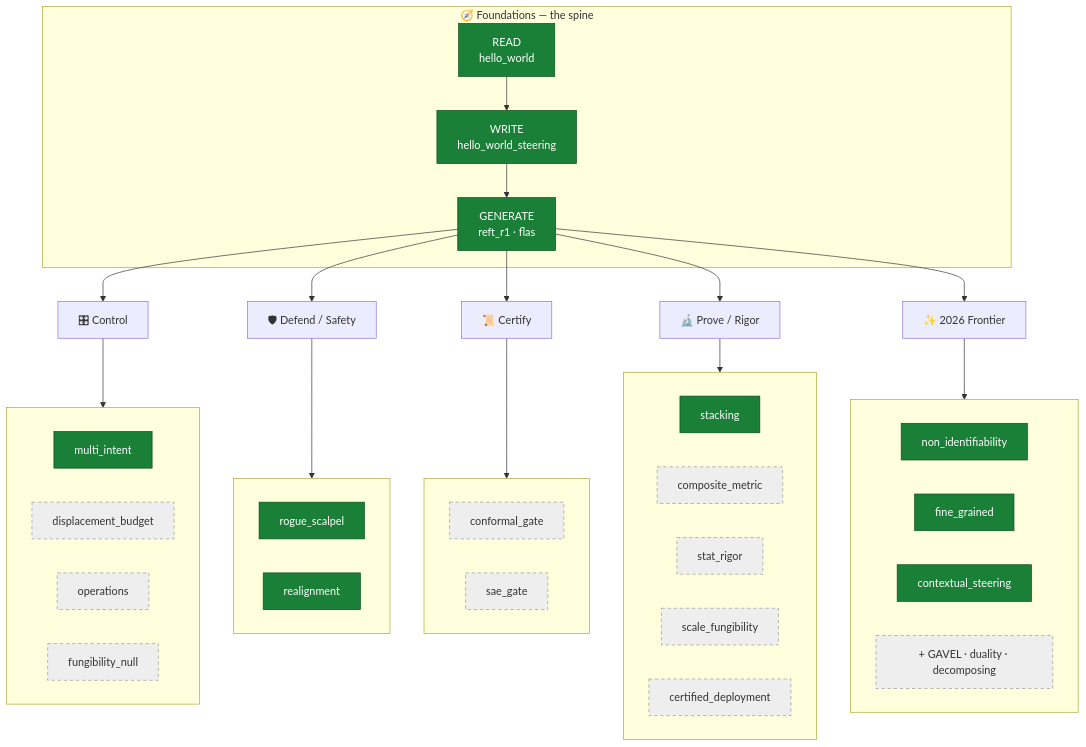
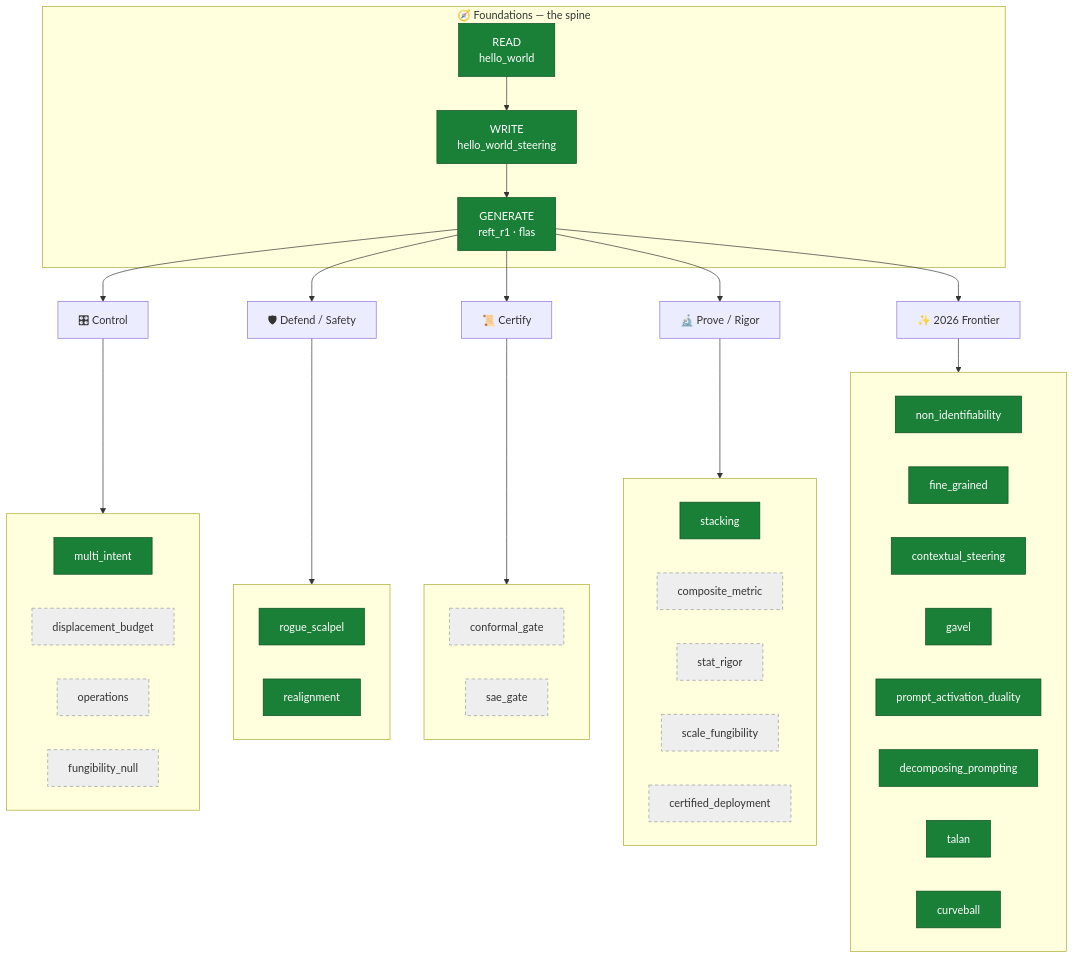
The first of 2 diagrams in steering_tutorials/README.md (dlmastery/steeringresearch), drawn with Mermaid before and after one commit. The commit also changed other lines of this file, not shown here.

First line of the commit message:
README: course map shows all 8 2026-frontier lessons built (was 3 + planned)

````diff
--- a/steering_tutorials/README.md
+++ b/steering_tutorials/README.md
@@ -29,66 +29,75 @@
 ```mermaid
 flowchart TD
     subgraph FOUND["🧭 Foundations — the spine"]
         R["READ<br/>hello_world"]:::built
         W["WRITE<br/>hello_world_steering"]:::built
         G["GENERATE<br/>reft_r1 · flas"]:::built
         R --> W --> G
     end
 
     G --> CTRL["🎛 Control"]
     G --> DEF["🛡 Defend / Safety"]
     G --> CERT["📜 Certify"]
     G --> PROVE["🔬 Prove / Rigor"]
     G --> FRONT["✨ 2026 Frontier"]
 
     subgraph CTRL_S[" "]
         C1["multi_intent"]:::built
         C2["displacement_budget"]:::plan
         C3["operations"]:::plan
         C4["fungibility_null"]:::plan
     end
     CTRL --> CTRL_S
 
     subgraph DEF_S[" "]
         D1["rogue_scalpel"]:::built
         D2["realignment"]:::built
     end
     DEF --> DEF_S
 
     subgraph CERT_S[" "]
         E1["conformal_gate"]:::plan
         E2["sae_gate"]:::plan
     end
     CERT --> CERT_S
 
     subgraph PROVE_S[" "]
         P1["stacking"]:::built
         P2["composite_metric"]:::plan
         P3["stat_rigor"]:::plan
         P4["scale_fungibility"]:::plan
         P5["certified_deployment"]:::plan
     end
     PROVE --> PROVE_S
 
     subgraph FRONT_S[" "]
         F1["non_identifiability"]:::built
         F2["fine_grained"]:::built
         F3["contextual_steering"]:::built
-        F4["+ GAVEL · duality · decomposing"]:::plan
+        F4["gavel"]:::built
+        F5["prompt_activation_duality"]:::built
+        F6["decomposing_prompting"]:::built
+        F7["talan"]:::built
+        F8["curveball"]:::built
     end
     FRONT --> FRONT_S
 
     classDef built fill:#1a7f37,stroke:#0b4d1f,color:#fff;
     classDef plan fill:#eee,stroke:#999,color:#333,stroke-dasharray:5 4;
 
     click R "hello_world/README.md"
     click W "hello_world_steering/README.md"
     click G "reft_r1/README.md"
     click C1 "multi_intent/README.md"
     click D1 "rogue_scalpel/README.md"
     click D2 "realignment/README.md"
     click P1 "stacking/README.md"
     click F1 "non_identifiability/README.md"
     click F2 "fine_grained/README.md"
     click F3 "contextual_steering/README.md"
+    click F4 "gavel/README.md"
+    click F5 "prompt_activation_duality/README.md"
+    click F6 "decomposing_prompting/README.md"
+    click F7 "talan/README.md"
+    click F8 "curveball/README.md"
 ```
````
